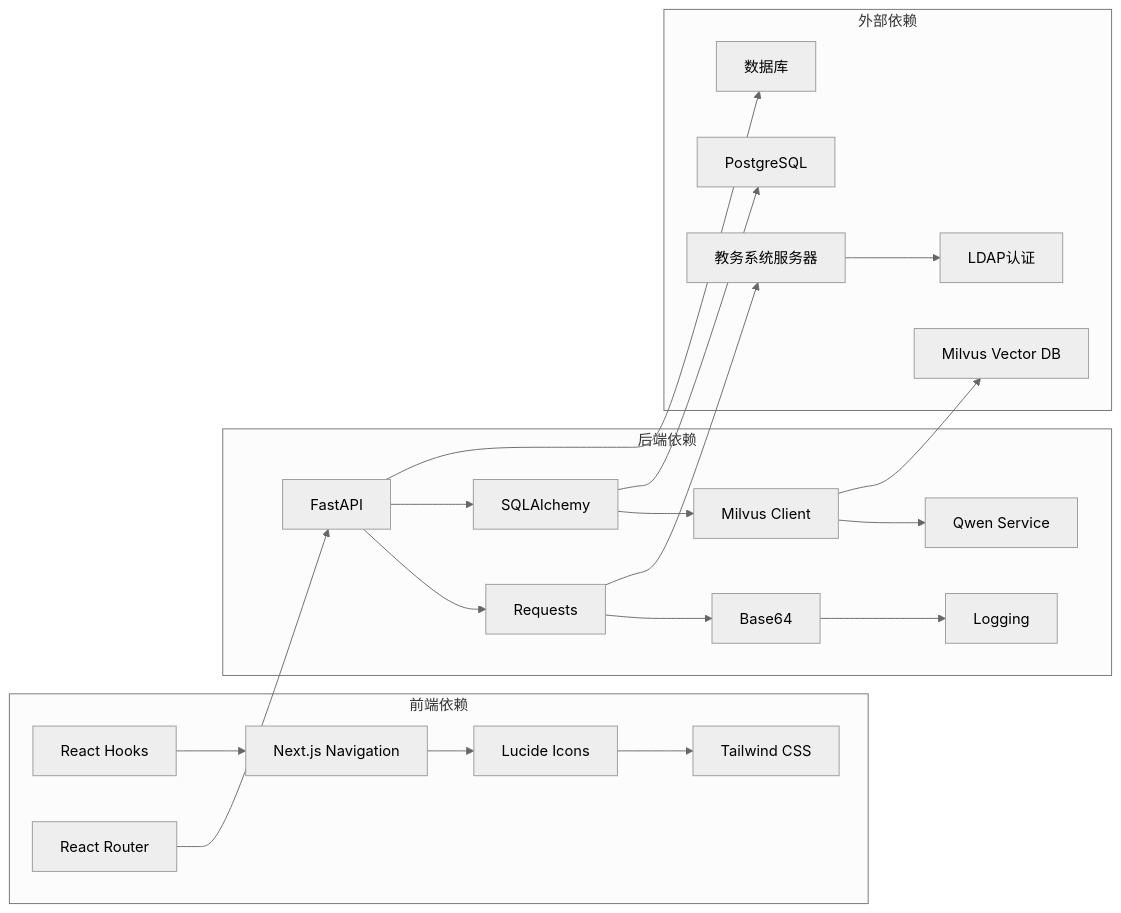
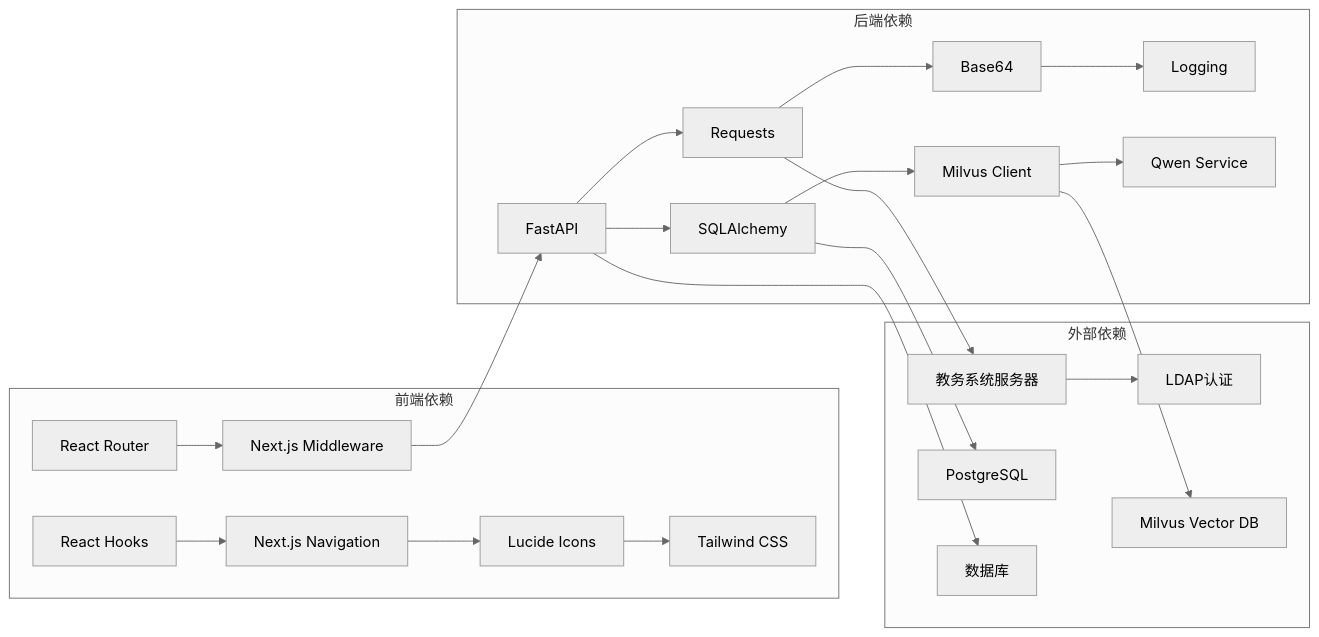
Before and after one commit to ghbbn053-ship-itsoulddog/soulddog: diagram 12 of 12 in .qoder/repowiki/zh/content/前端应用文档/登录页面与认证流程.md, drawn with Mermaid (neutral theme). The commit also changed other lines of this file and 6 other files, not shown here.

````diff
--- a/.qoder/repowiki/zh/content/前端应用文档/登录页面与认证流程.md
+++ b/.qoder/repowiki/zh/content/前端应用文档/登录页面与认证流程.md
@@ -467,41 +531,43 @@
 ```mermaid
 graph LR
 subgraph "前端依赖"
 A[React Hooks]
 B[Next.js Navigation]
 C[Lucide Icons]
 D[Tailwind CSS]
 E[React Router]
+F[Next.js Middleware]
 end
 subgraph "后端依赖"
-F[FastAPI]
-G[Requests]
-H[Base64]
-I[Logging]
-J[SQLAlchemy]
-K[Milvus Client]
-L[Qwen Service]
+G[FastAPI]
+H[Requests]
+I[Base64]
+J[Logging]
+K[SQLAlchemy]
+L[Milvus Client]
+M[Qwen Service]
 end
 subgraph "外部依赖"
-M[教务系统服务器]
-N[LDAP认证]
-O[PostgreSQL]
-P[Milvus Vector DB]
-Q[数据库]
+N[教务系统服务器]
+O[LDAP认证]
+P[PostgreSQL]
+Q[Milvus Vector DB]
+R[数据库]
 end
 A --> B
 B --> C
 C --> D
 E --> F
 F --> G
 G --> H
 H --> I
-F --> J
-J --> K
+I --> J
+G --> K
 K --> L
-G --> M
-M --> N
-F --> Q
-J --> O
+L --> M
+H --> N
+N --> O
+G --> R
 K --> P
+L --> Q
 ```
````
